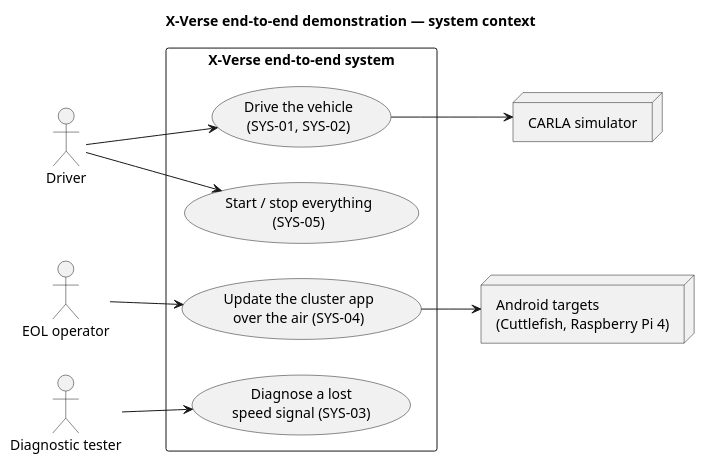
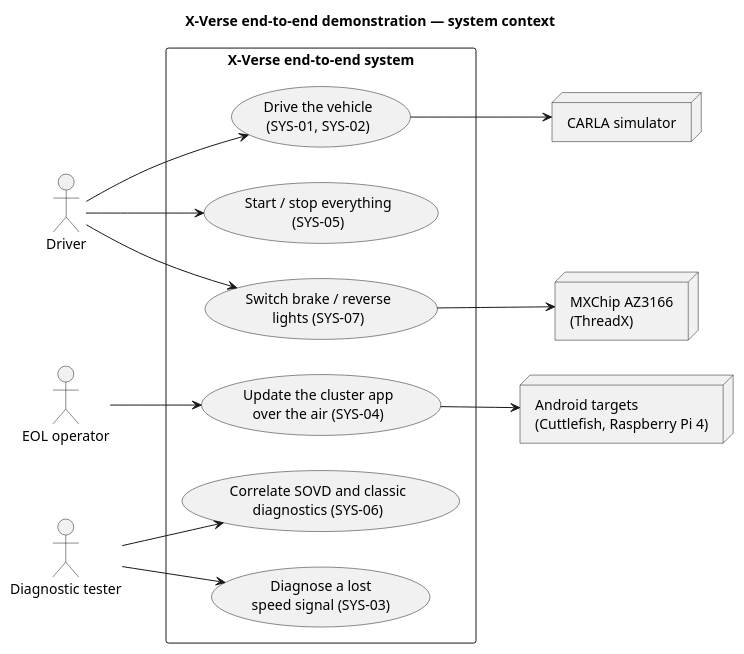
Before and after one commit to Eclipse-SDV-Hackathon-Chapter-Four/Thinking_CAPs: the diagram in demo/X-Verse/aspice/swe2-architecture/diagrams/context.puml, drawn with PlantUML. The commit also changed 25 other files, not shown here.

```diff
--- a/demo/X-Verse/aspice/swe2-architecture/diagrams/context.puml
+++ b/demo/X-Verse/aspice/swe2-architecture/diagrams/context.puml
@@ -1,22 +1,28 @@
 @startuml context
 title X-Verse end-to-end demonstration — system context
 left to right direction
 skinparam shadowing false
 actor Driver
 actor "EOL operator" as Operator
 actor "Diagnostic tester" as Tester
 rectangle "X-Verse end-to-end system" as SYS {
   usecase "Drive the vehicle\n(SYS-01, SYS-02)" as UC1
   usecase "Diagnose a lost\nspeed signal (SYS-03)" as UC2
   usecase "Update the cluster app\nover the air (SYS-04)" as UC3
   usecase "Start / stop everything\n(SYS-05)" as UC4
+  usecase "Correlate SOVD and classic\ndiagnostics (SYS-06)" as UC5
+  usecase "Switch brake / reverse\nlights (SYS-07)" as UC6
 }
 node "CARLA simulator" as CARLA
 node "Android targets\n(Cuttlefish, Raspberry Pi 4)" as AND
+node "MXChip AZ3166\n(ThreadX)" as AZ
 Driver --> UC1
 Driver --> UC4
 Tester --> UC2
+Tester --> UC5
+Driver --> UC6
 Operator --> UC3
 UC1 --> CARLA
 UC3 --> AND
+UC6 --> AZ
 @enduml
```
